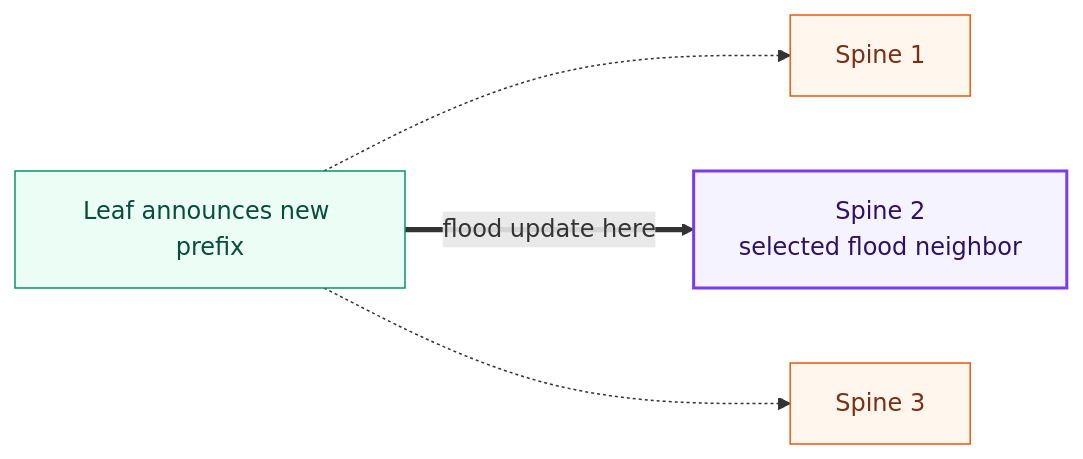
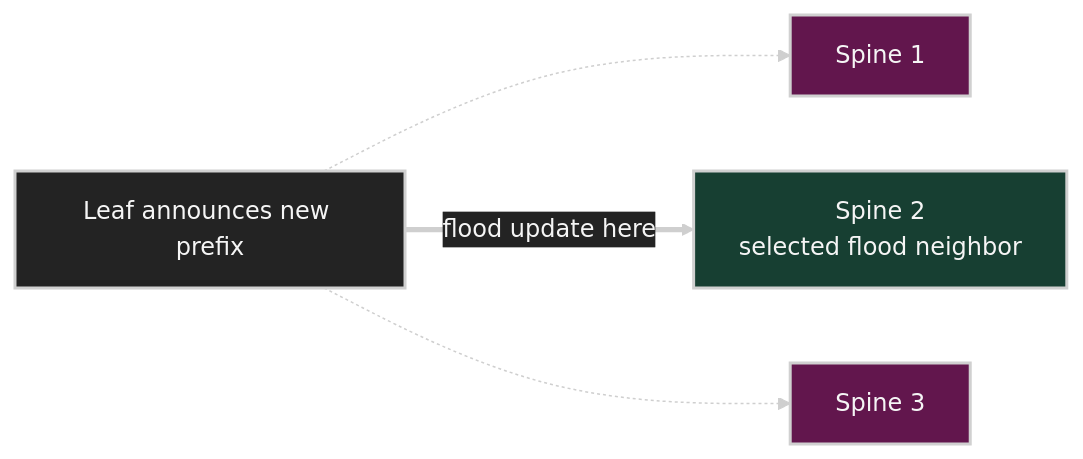
One commit to ziwon/ai-data-center-network changed the fourth of 11 diagrams in ai-data-center-network/chap08/README.md. Above: the diagram before and after it, drawn with Mermaid. The commit also changed other lines of this file and 35 other files, not shown here.

Commit message:
docs(mermaid): apply dark diagram style

````diff
--- a/ai-data-center-network/chap08/README.md
+++ b/ai-data-center-network/chap08/README.md
@@ -436,15 +439,16 @@
 ```mermaid
+%%{init: {"theme": "base", "themeVariables": {"background": "#171717", "primaryColor": "#232323", "primaryTextColor": "#f5f5f5", "primaryBorderColor": "#d0d0d0", "lineColor": "#cfcfcf", "fontFamily": "Inter, Arial, sans-serif"}}}%%
 flowchart LR
-    classDef leaf fill:#ecfdf5,stroke:#059669,color:#064e3b
-    classDef spine fill:#fff7ed,stroke:#ea580c,color:#7c2d12
-    classDef chosen fill:#f5f3ff,stroke:#7c3aed,stroke-width:2px,color:#2e1065
+    classDef leaf fill:#232323,stroke:#d0d0d0,color:#f5f5f5,stroke-width:2px;
+    classDef spine fill:#62164d,stroke:#d0d0d0,color:#f5f5f5,stroke-width:2px;
+    classDef chosen fill:#173f32,stroke:#d0d0d0,color:#f5f5f5,stroke-width:2px;
 
     L[Leaf announces new prefix]:::leaf
     S1[Spine 1]:::spine
     S2[Spine 2<br/>selected flood neighbor]:::chosen
     S3[Spine 3]:::spine
 
     L -.-> S1
     L ==>|flood update here| S2
     L -.-> S3
 ```
````
